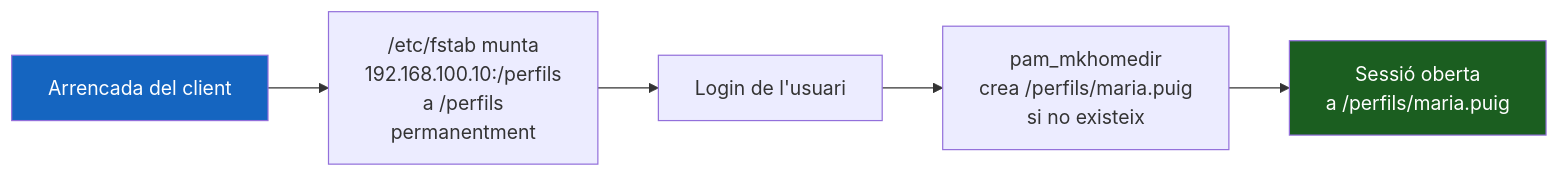
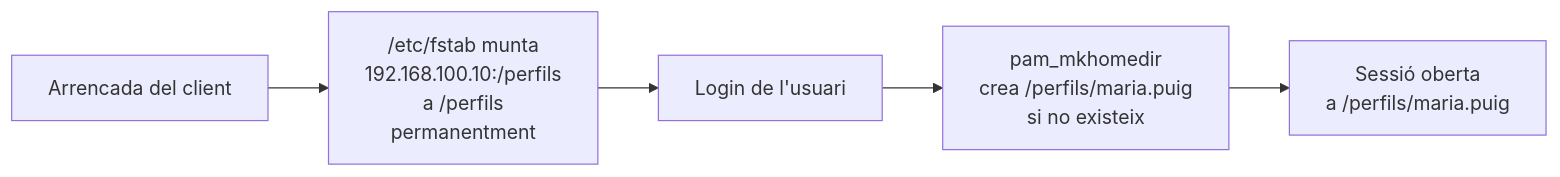
Before and after one commit to xtartera/TartyDocs: the first of 2 diagrams in docs/ut2/bloc8-perfils-mobils/42-perfils-ubuntu22-vs-24.md, drawn with Mermaid. The commit also changed other lines of this file and 15 other files, not shown here.

First line of the commit message:
ut2: elimina style directives dels diagrames mermaid (18 fitxers)

````diff
--- a/docs/ut2/bloc8-perfils-mobils/42-perfils-ubuntu22-vs-24.md
+++ b/docs/ut2/bloc8-perfils-mobils/42-perfils-ubuntu22-vs-24.md
@@ -28,10 +28,8 @@
     ```mermaid
     flowchart LR
         A["Arrencada del client"] --> B["/etc/fstab munta\n192.168.100.10:/perfils\na /perfils\npermanentment"]
         B --> C["Login de l'usuari"]
         C --> D["pam_mkhomedir\ncrea /perfils/maria.puig\nsi no existeix"]
         D --> E["Sessió oberta\na /perfils/maria.puig"]
 
-        style A fill:#1565C0,color:#fff
-        style E fill:#1B5E20,color:#fff
     ```
````
